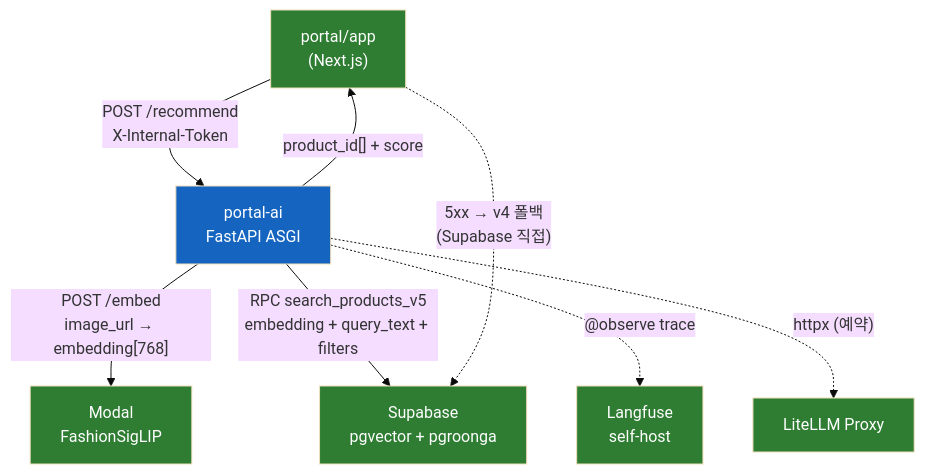
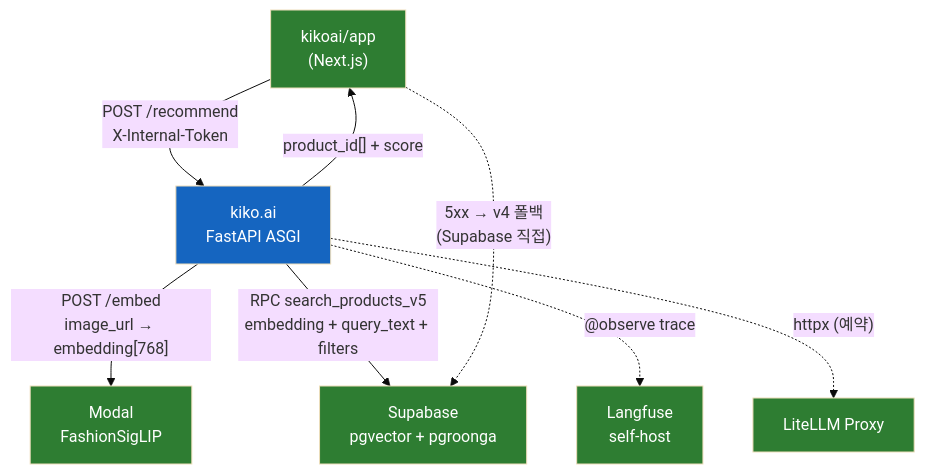
Before and after one commit to endurance-ai/ai-server: the diagram in .moai/project/codemaps/overview.md, drawn with Mermaid (base theme). The commit also changed other lines of this file and 49 other files, not shown here.

First line of the commit message:
chore: rename portal/portal.ai → kiko.ai in docs and identifiers

````diff
--- a/.moai/project/codemaps/overview.md
+++ b/.moai/project/codemaps/overview.md
@@ -18,20 +18,20 @@
 ```mermaid
 flowchart TD
-    APP["portal/app\n(Next.js)"]:::external
-    AI["portal-ai\nFastAPI ASGI"]:::core
+    APP["kikoai/app\n(Next.js)"]:::external
+    AI["kiko.ai\nFastAPI ASGI"]:::core
     MODAL["Modal\nFashionSigLIP"]:::external
     SUPA["Supabase\npgvector + pgroonga"]:::external
     LF["Langfuse\nself-host"]:::external
     LLM["LiteLLM Proxy"]:::external
 
     APP -->|"POST /recommend\nX-Internal-Token"| AI
     AI -->|"POST /embed\nimage_url → embedding[768]"| MODAL
     AI -->|"RPC search_products_v5\nembedding + query_text + filters"| SUPA
     AI -.->|"@observe trace"| LF
     AI -.->|"httpx (예약)"| LLM
     AI -->|"product_id[] + score"| APP
     APP -.->|"5xx → v4 폴백\n(Supabase 직접)"| SUPA
 
     classDef core fill:#1565c0,color:#fff
     classDef external fill:#2e7d32,color:#fff
 ```
````
